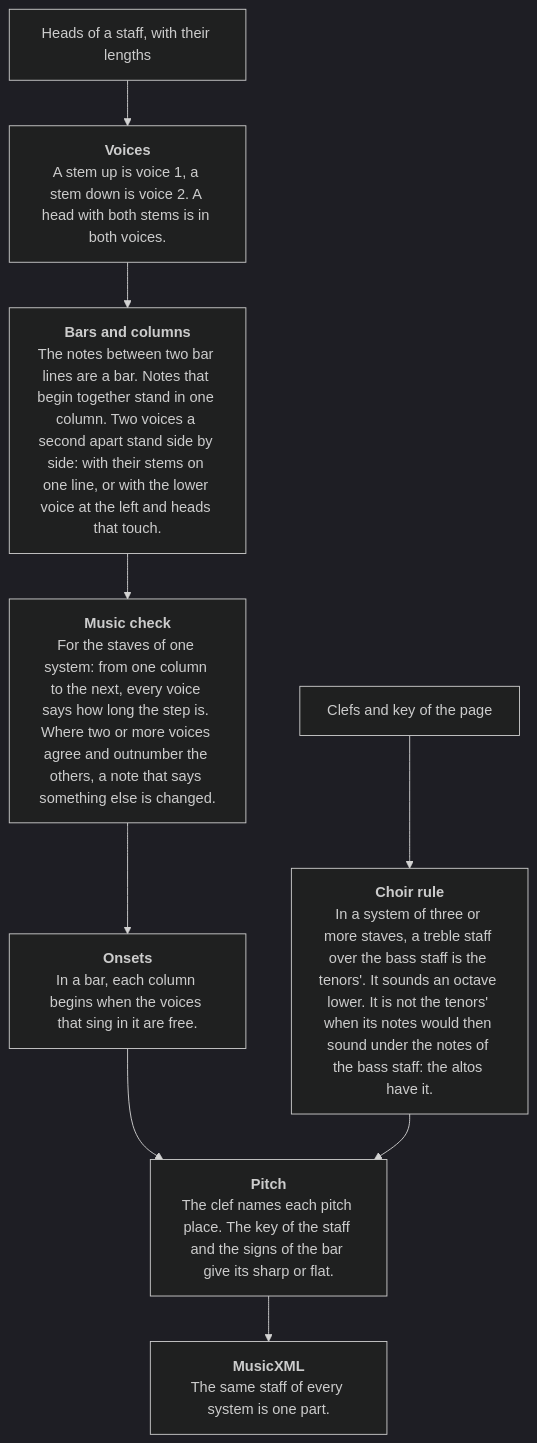
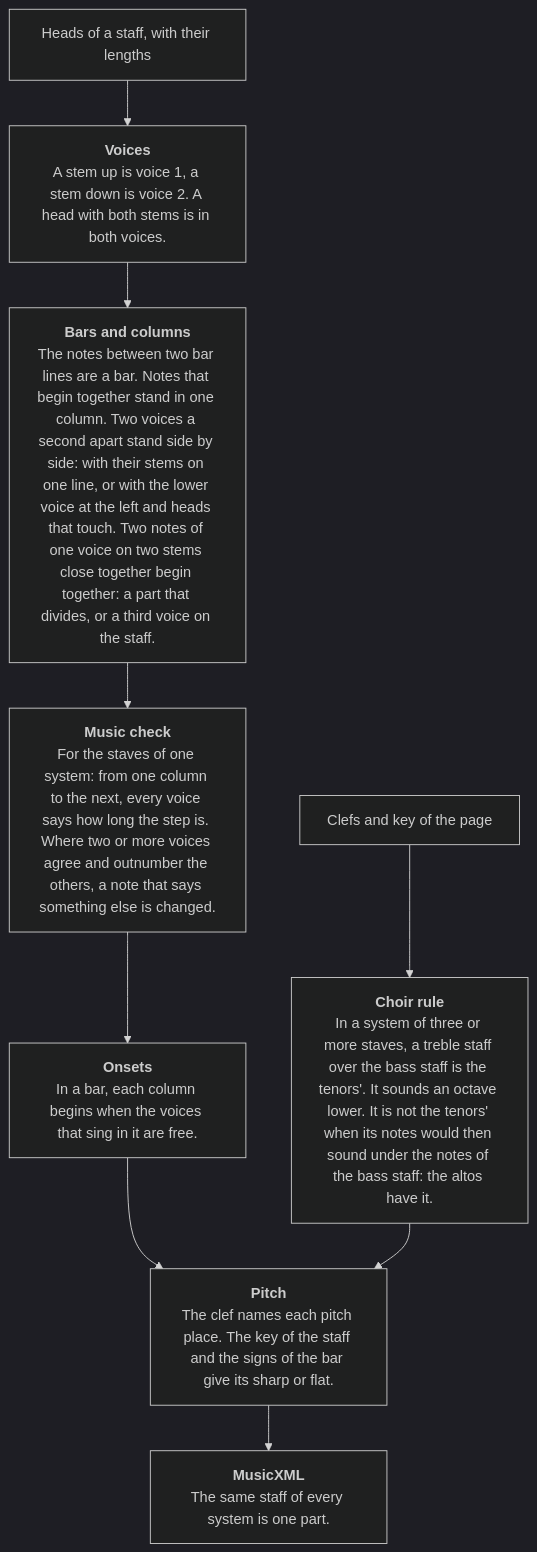
Before and after one commit to sweet-cicero/ScoreReader: the ninth of 12 diagrams in README.md, drawn with Mermaid (dark theme). The commit also changed other lines of this file and 2 other files, not shown here.

````diff
--- a/README.md
+++ b/README.md
@@ -257,11 +257,11 @@
 ```mermaid
 flowchart TD
     heads["Heads of a staff, with their lengths"] --> voices["<b>Voices</b><br/>A stem up is voice 1, a stem down is voice 2. A head with both stems is in both voices."]
-    voices --> columns["<b>Bars and columns</b><br/>The notes between two bar lines are a bar. Notes that begin together stand in one column. Two voices a second apart stand side by side: with their stems on one line, or with the lower voice at the left and heads that touch."]
+    voices --> columns["<b>Bars and columns</b><br/>The notes between two bar lines are a bar. Notes that begin together stand in one column. Two voices a second apart stand side by side: with their stems on one line, or with the lower voice at the left and heads that touch. Two notes of one voice on two stems close together begin together: a part that divides, or a third voice on the staff."]
     columns --> check["<b>Music check</b><br/>For the staves of one system: from one column to the next, every voice says how long the step is. Where two or more voices agree and outnumber the others, a note that says something else is changed."]
     check --> onsets["<b>Onsets</b><br/>In a bar, each column begins when the voices that sing in it are free."]
     onsets --> pitch["<b>Pitch</b><br/>The clef names each pitch place. The key of the staff and the signs of the bar give its sharp or flat."]
     clefs["Clefs and key of the page"] --> tenor["<b>Choir rule</b><br/>In a system of three or more staves, a treble staff over the bass staff is the tenors'. It sounds an octave lower. It is not the tenors' when its notes would then sound under the notes of the bass staff: the altos have it."]
     tenor --> pitch
     pitch --> xml["<b>MusicXML</b><br/>The same staff of every system is one part."]
 ```
````
